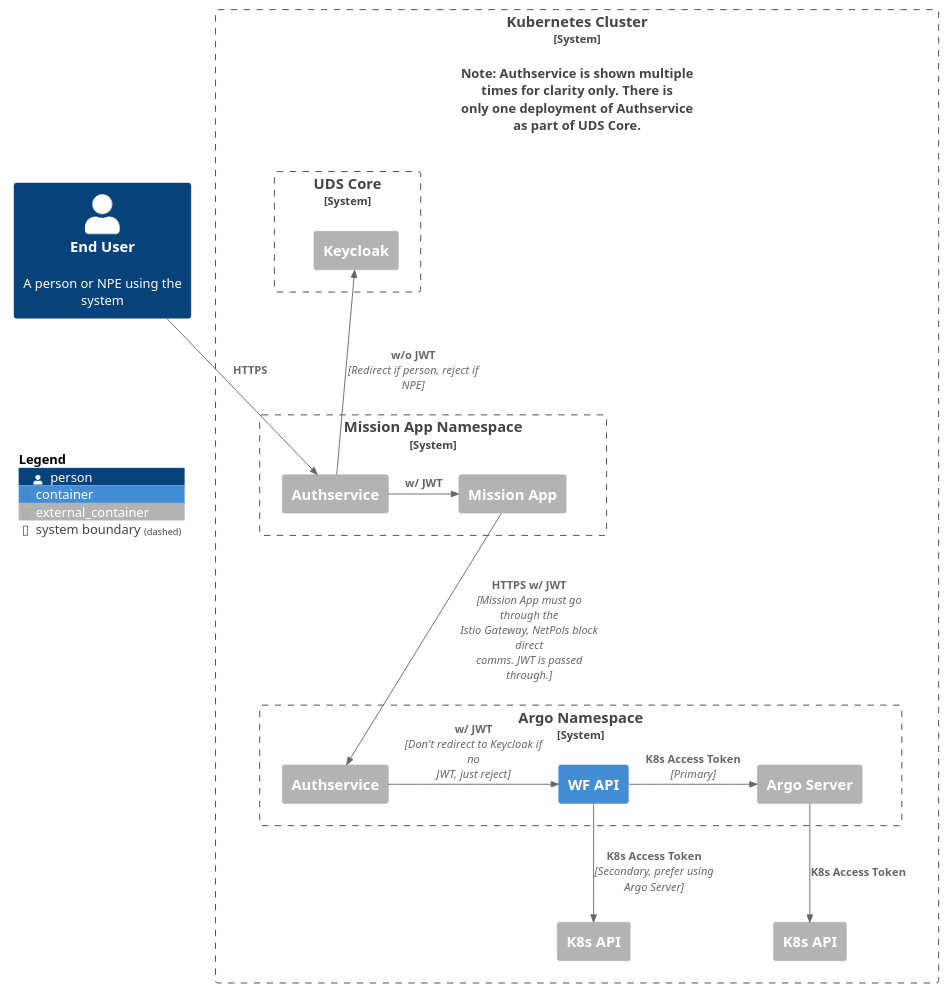
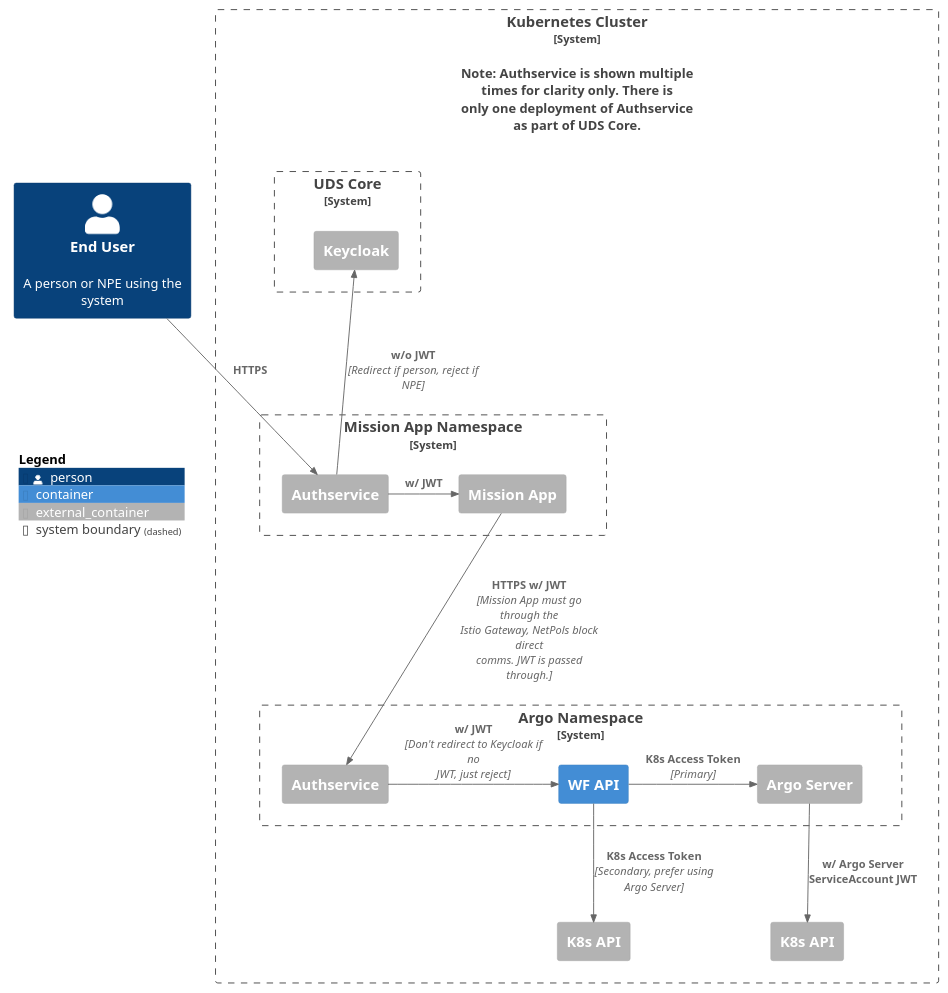
One commit to defenseunicorns-partnerships/wfapi changed the diagram in docs/diagrams/c4-container.puml. Above: the diagram before and after it, drawn with PlantUML. The commit also changed 19 other files, not shown here.

```diff
--- a/docs/diagrams/c4-container.puml
+++ b/docs/diagrams/c4-container.puml
@@ -1,38 +1,38 @@
 @startuml c4-container
 !include https://raw.githubusercontent.com/plantuml-stdlib/C4-PlantUML/master/C4_Container.puml
 
 Person(end_user, "End User", "A person or NPE using the system")
 
 System_Boundary(k8s, "Kubernetes Cluster", $descr="Note: Authservice is shown multiple times for clarity only. There is only one deployment of Authservice as part of UDS Core.") {
     System_Boundary(uds_core, "UDS Core") {
         Container_Ext(keycloak, "Keycloak")
     }
     System_Boundary(mission_app_ns, "Mission App Namespace") {
         Container_Ext(mission_app_authservice, "Authservice")
         Container_Ext(mission_app, "Mission App")
     }
     System_Boundary(argo_namespace, "Argo Namespace") {
         Container_Ext(wfapi_authservice, "Authservice")
         Container(wfapi, "WF API")
         Container_Ext(argo_server, "Argo Server")
     }
 
     Container_Ext(k8s_api1, "K8s API")
     Container_Ext(k8s_api2, "K8s API")
 }
 
 Lay_R(end_user, k8s)
 Lay_D(uds_core, mission_app_ns)
 Lay_D(mission_app_ns, argo_namespace)
 Rel_R(end_user, mission_app_authservice, "HTTPS")
 Rel_U(mission_app_authservice, keycloak, "w/o JWT", "Redirect if person, reject if NPE")
 Rel_R(mission_app_authservice, mission_app, "w/ JWT")
 Rel_R(mission_app, wfapi_authservice, "HTTPS w/ JWT", "Mission App must go through the Istio Gateway, NetPols block direct comms. JWT is passed through.")
 Rel_R(wfapi_authservice, wfapi, "w/ JWT", "Don't redirect to Keycloak if no JWT, just reject")
 Rel_R(wfapi, argo_server, "K8s Access Token", "Primary")
 Rel_D(wfapi, k8s_api1, "K8s Access Token", "Secondary, prefer using Argo Server")
-Rel_D(argo_server, k8s_api2, "K8s Access Token")
+Rel_D(argo_server, k8s_api2, "w/ Argo Server ServiceAccount JWT")
 
 SHOW_FLOATING_LEGEND()
 Lay_D(end_user, LEGEND())
 @enduml
```
